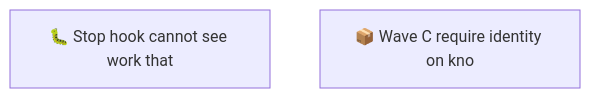
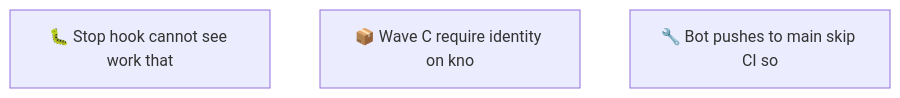
The second of 2 diagrams in docs/roadmap.md (SpillwaveSolutions/wiki_ticket_sdd), drawn with Mermaid before and after one commit. The commit also changed other lines of this file and 6 other files, not shown here.

First line of the commit message:
chore: file the bot-push CI blind spot (01M09DEB5YMZRHRBZB8GADMKY0)

````diff
--- a/docs/roadmap.md
+++ b/docs/roadmap.md
@@ -63,5 +65,6 @@
 ```mermaid
 graph TD
     01M032YRXR61XAJBBNP355AVQW["🐛 Stop hook cannot see work that"]
     01M06BRQPQ8408XTDYTMY2JYFE["📦 Wave C require identity on kno"]
+    01M09DEB5YMZRHRBZB8GADMKY0["🔧 Bot pushes to main skip CI so"]
 ```
````
